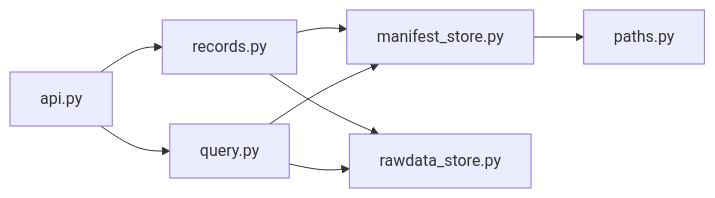
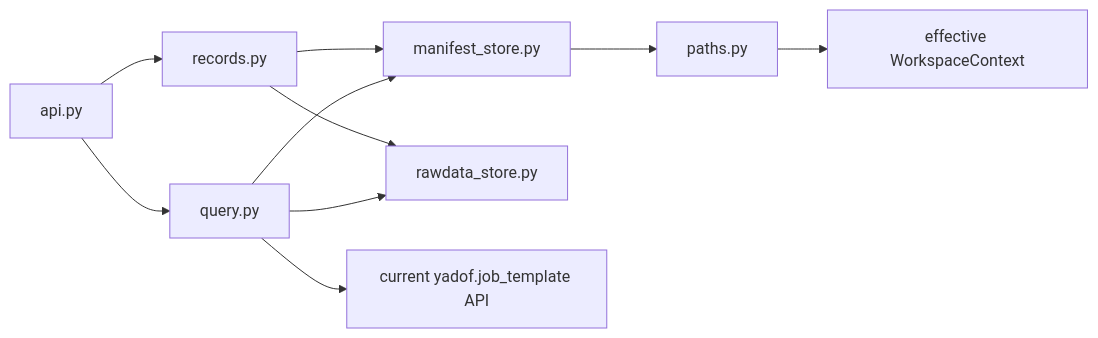
One commit to YS-Pan/yadof changed the sixth of 7 diagrams in dev_doc/architecture/c4_component.md. Above: the diagram before and after it, drawn with Mermaid. The commit also changed other lines of this file and 33 other files, not shown here.

````diff
--- a/dev_doc/architecture/c4_component.md
+++ b/dev_doc/architecture/c4_component.md
@@ -198,10 +204,12 @@
 ```mermaid
 flowchart LR
     RDAPI["api.py"] --> Records["records.py"]
     RDAPI --> Query["query.py"]
     Records --> MetaStore["manifest_store.py"]
     Query --> MetaStore
     Records --> RawStore["rawdata_store.py"]
     Query --> RawStore
     MetaStore --> Paths["paths.py"]
+    Paths --> Workspace["effective WorkspaceContext"]
+    Query --> Task["current yadof.job_template API"]
 ```
````
